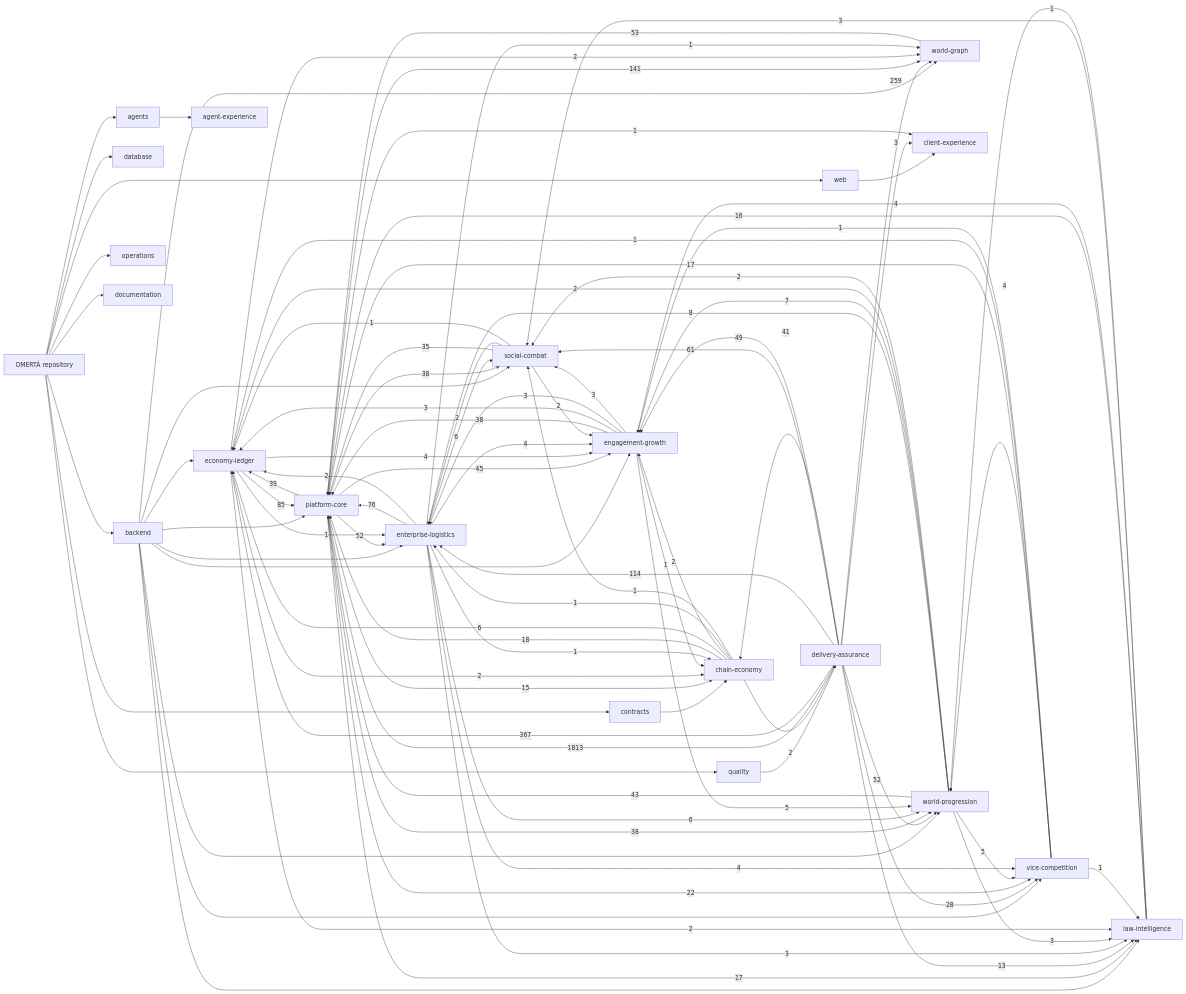
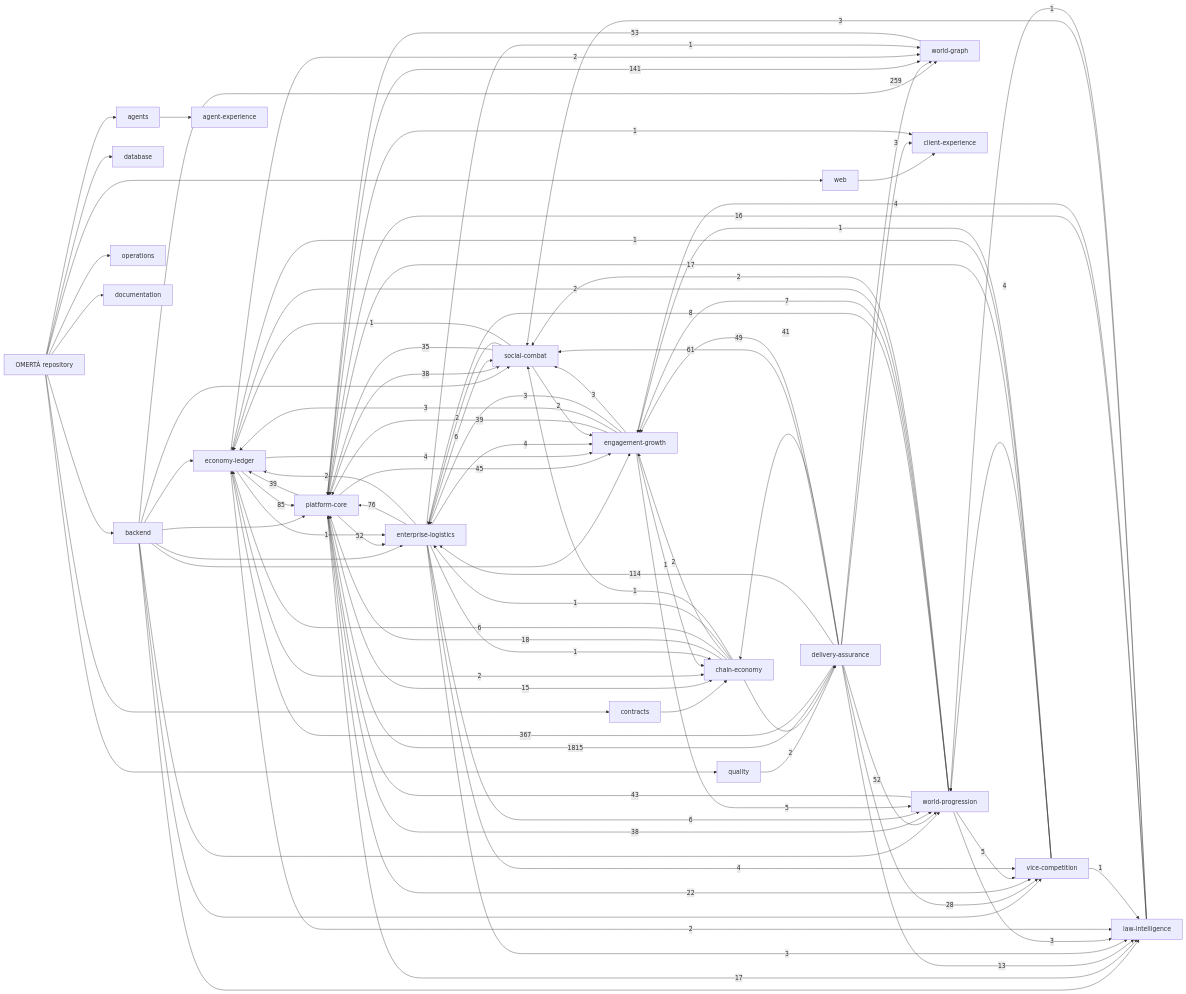
The diagram in knowledge/generated/graph.mmd (OmertaDev/Omerta), drawn with Mermaid before and after one commit. The commit also changed 7 other files, not shown here.

Commit message:
chore(knowledge): refresh economy hardening graph

```diff
--- a/knowledge/generated/graph.mmd
+++ b/knowledge/generated/graph.mmd
@@ -1,113 +1,113 @@
 flowchart LR
   repo["OMERTÀ repository"]
   sub_backend["backend"]
   repo --> sub_backend
   sub_database["database"]
   repo --> sub_database
   sub_web["web"]
   repo --> sub_web
   sub_contracts["contracts"]
   repo --> sub_contracts
   sub_agents["agents"]
   repo --> sub_agents
   sub_quality["quality"]
   repo --> sub_quality
   sub_operations["operations"]
   repo --> sub_operations
   sub_documentation["documentation"]
   repo --> sub_documentation
   dom_platform-core["platform-core"]
   dom_economy-ledger["economy-ledger"]
   dom_social-combat["social-combat"]
   dom_world-progression["world-progression"]
   dom_world-graph["world-graph"]
   dom_enterprise-logistics["enterprise-logistics"]
   dom_vice-competition["vice-competition"]
   dom_law-intelligence["law-intelligence"]
   dom_chain-economy["chain-economy"]
   dom_engagement-growth["engagement-growth"]
   dom_client-experience["client-experience"]
   dom_agent-experience["agent-experience"]
   dom_delivery-assurance["delivery-assurance"]
   sub_agents --> dom_agent-experience
   sub_backend --> dom_economy-ledger
   sub_backend --> dom_engagement-growth
   sub_backend --> dom_enterprise-logistics
   sub_backend --> dom_law-intelligence
   sub_backend --> dom_platform-core
   sub_backend --> dom_social-combat
   sub_backend --> dom_vice-competition
   sub_backend --> dom_world-graph
   sub_backend --> dom_world-progression
   sub_contracts --> dom_chain-economy
   sub_quality --> dom_delivery-assurance
   sub_web --> dom_client-experience
-  dom_delivery-assurance -->|1813| dom_platform-core
+  dom_delivery-assurance -->|1815| dom_platform-core
   dom_delivery-assurance -->|367| dom_economy-ledger
   dom_delivery-assurance -->|259| dom_world-graph
   dom_platform-core -->|141| dom_world-graph
   dom_delivery-assurance -->|114| dom_enterprise-logistics
   dom_economy-ledger -->|85| dom_platform-core
   dom_enterprise-logistics -->|76| dom_platform-core
   dom_delivery-assurance -->|61| dom_social-combat
   dom_world-graph -->|53| dom_platform-core
   dom_delivery-assurance -->|52| dom_world-progression
   dom_platform-core -->|52| dom_enterprise-logistics
   dom_delivery-assurance -->|49| dom_engagement-growth
   dom_platform-core -->|45| dom_engagement-growth
   dom_world-progression -->|43| dom_platform-core
   dom_delivery-assurance -->|41| dom_chain-economy
+  dom_engagement-growth -->|39| dom_platform-core
   dom_platform-core -->|39| dom_economy-ledger
-  dom_engagement-growth -->|38| dom_platform-core
   dom_platform-core -->|38| dom_social-combat
   dom_platform-core -->|38| dom_world-progression
   dom_social-combat -->|35| dom_platform-core
   dom_delivery-assurance -->|28| dom_vice-competition
   dom_platform-core -->|22| dom_vice-competition
   dom_chain-economy -->|18| dom_platform-core
   dom_platform-core -->|17| dom_law-intelligence
   dom_vice-competition -->|17| dom_platform-core
   dom_law-intelligence -->|16| dom_platform-core
   dom_platform-core -->|15| dom_chain-economy
   dom_delivery-assurance -->|13| dom_law-intelligence
   dom_world-progression -->|8| dom_enterprise-logistics
   dom_world-progression -->|7| dom_engagement-growth
   dom_chain-economy -->|6| dom_economy-ledger
   dom_enterprise-logistics -->|6| dom_social-combat
   dom_enterprise-logistics -->|6| dom_world-progression
   dom_engagement-growth -->|5| dom_world-progression
   dom_world-progression -->|5| dom_vice-competition
   dom_economy-ledger -->|4| dom_engagement-growth
   dom_enterprise-logistics -->|4| dom_engagement-growth
   dom_enterprise-logistics -->|4| dom_vice-competition
   dom_law-intelligence -->|4| dom_engagement-growth
   dom_vice-competition -->|4| dom_world-progression
   dom_delivery-assurance -->|3| dom_client-experience
   dom_engagement-growth -->|3| dom_economy-ledger
   dom_engagement-growth -->|3| dom_enterprise-logistics
   dom_engagement-growth -->|3| dom_social-combat
   dom_enterprise-logistics -->|3| dom_law-intelligence
   dom_law-intelligence -->|3| dom_social-combat
   dom_world-progression -->|3| dom_law-intelligence
   dom_chain-economy -->|2| dom_delivery-assurance
   dom_chain-economy -->|2| dom_engagement-growth
   dom_economy-ledger -->|2| dom_chain-economy
   dom_economy-ledger -->|2| dom_law-intelligence
   dom_economy-ledger -->|2| dom_world-graph
   dom_enterprise-logistics -->|2| dom_economy-ledger
   dom_social-combat -->|2| dom_engagement-growth
   dom_social-combat -->|2| dom_enterprise-logistics
   dom_world-progression -->|2| dom_economy-ledger
   dom_world-progression -->|2| dom_social-combat
   dom_chain-economy -->|1| dom_enterprise-logistics
   dom_chain-economy -->|1| dom_social-combat
   dom_economy-ledger -->|1| dom_enterprise-logistics
   dom_engagement-growth -->|1| dom_chain-economy
   dom_enterprise-logistics -->|1| dom_chain-economy
   dom_enterprise-logistics -->|1| dom_world-graph
   dom_law-intelligence -->|1| dom_world-progression
   dom_platform-core -->|1| dom_client-experience
   dom_social-combat -->|1| dom_economy-ledger
   dom_vice-competition -->|1| dom_economy-ledger
   dom_vice-competition -->|1| dom_engagement-growth
   dom_vice-competition -->|1| dom_law-intelligence
```
